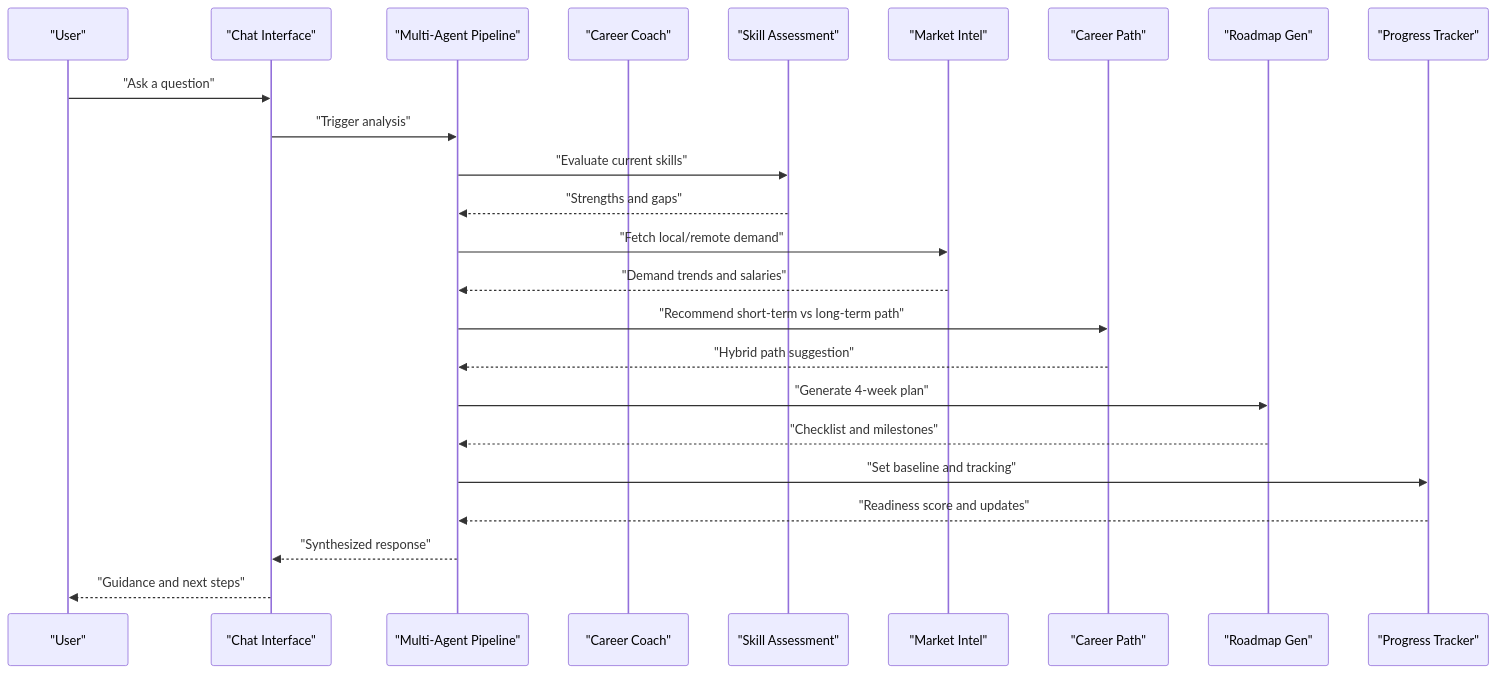
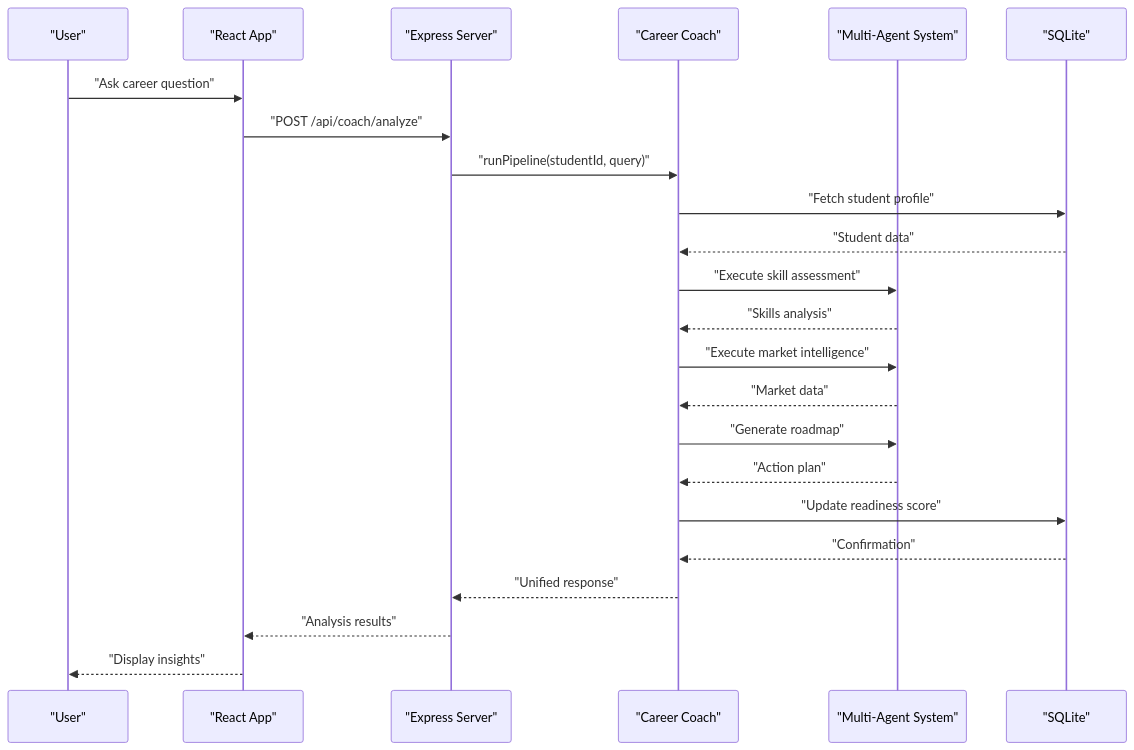
One commit to Alishba-Moin/CareerCompass changed the second of 3 diagrams in .qoder/repowiki/en/content/Project Overview.md. Above: the diagram before and after it, drawn with Mermaid. The commit also changed other lines of this file and 38 other files, not shown here.

Commit message:
Add Roadmap pdf download option

````diff
--- a/.qoder/repowiki/en/content/Project Overview.md
+++ b/.qoder/repowiki/en/content/Project Overview.md
@@ -100,26 +143,25 @@
 ```mermaid
 sequenceDiagram
 participant User as "User"
-participant Chat as "Chat Interface"
-participant Agents as "Multi-Agent Pipeline"
-participant Coach as "Career Coach"
-participant Skill as "Skill Assessment"
-participant Market as "Market Intel"
-participant Path as "Career Path"
-participant Roadmap as "Roadmap Gen"
-participant Progress as "Progress Tracker"
-User->>Chat : "Ask a question"
-Chat->>Agents : "Trigger analysis"
-Agents->>Skill : "Evaluate current skills"
-Skill-->>Agents : "Strengths and gaps"
-Agents->>Market : "Fetch local/remote demand"
-Market-->>Agents : "Demand trends and salaries"
-Agents->>Path : "Recommend short-term vs long-term path"
-Path-->>Agents : "Hybrid path suggestion"
-Agents->>Roadmap : "Generate 4-week plan"
-Roadmap-->>Agents : "Checklist and milestones"
-Agents->>Progress : "Set baseline and tracking"
-Progress-->>Agents : "Readiness score and updates"
-Agents-->>Chat : "Synthesized response"
-Chat-->>User : "Guidance and next steps"
+participant Frontend as "React App"
+participant Backend as "Express Server"
+participant Orchestrator as "Career Coach"
+participant Agents as "Multi-Agent System"
+participant Database as "SQLite"
+User->>Frontend : "Ask career question"
+Frontend->>Backend : "POST /api/coach/analyze"
+Backend->>Orchestrator : "runPipeline(studentId, query)"
+Orchestrator->>Database : "Fetch student profile"
+Database-->>Orchestrator : "Student data"
+Orchestrator->>Agents : "Execute skill assessment"
+Agents-->>Orchestrator : "Skills analysis"
+Orchestrator->>Agents : "Execute market intelligence"
+Agents-->>Orchestrator : "Market data"
+Orchestrator->>Agents : "Generate roadmap"
+Agents-->>Orchestrator : "Action plan"
+Orchestrator->>Database : "Update readiness score"
+Database-->>Orchestrator : "Confirmation"
+Orchestrator-->>Backend : "Unified response"
+Backend-->>Frontend : "Analysis results"
+Frontend-->>User : "Display insights"
 ```
````
